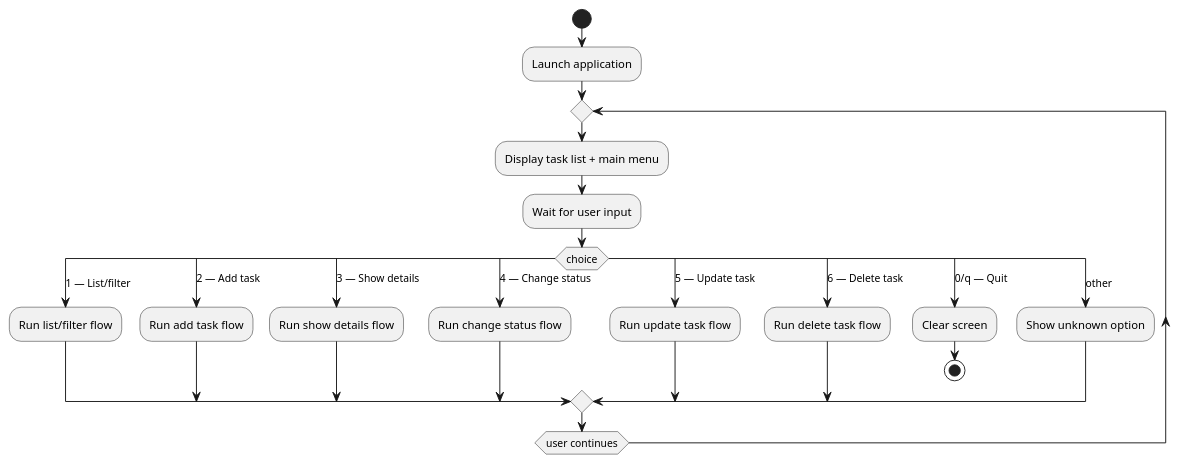
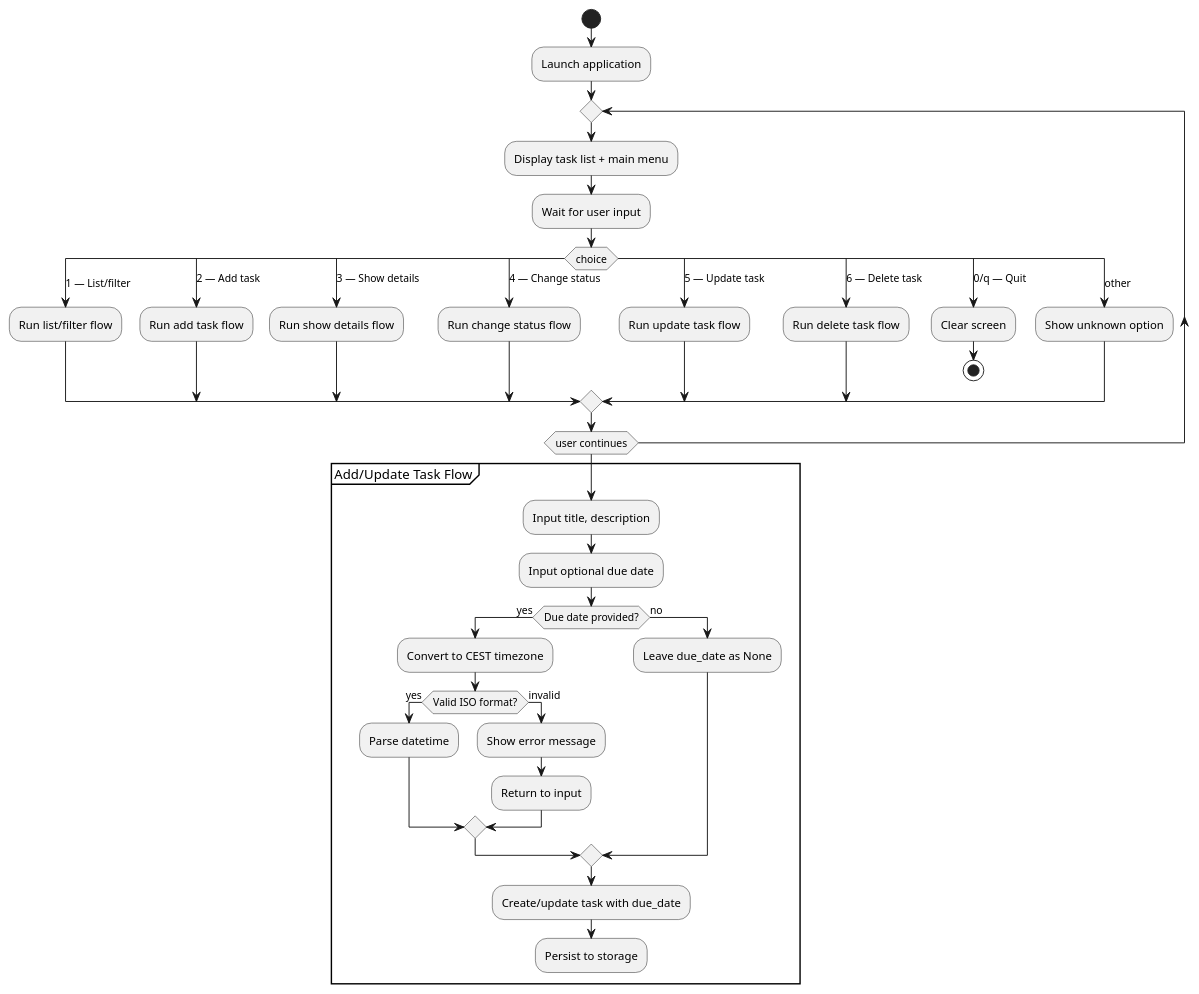
The diagram in experiments/supervisor_as_tools/user_stories/TODO/artifacts/activity_diagram.puml (DanielRiha8906/Software_autoevolution_using_agents), drawn with PlantUML before and after one commit. The commit also changed 15 other files, not shown here.

First line of the commit message:
task 01 | Add due date feature to TODO app

```diff
--- a/experiments/supervisor_as_tools/user_stories/TODO/artifacts/activity_diagram.puml
+++ b/experiments/supervisor_as_tools/user_stories/TODO/artifacts/activity_diagram.puml
@@ -1,32 +1,50 @@
 @startuml
 
 start
 :Launch application;
 
 repeat
   :Display task list + main menu;
   :Wait for user input;
 
   switch (choice)
     case (1 — List/filter)
       :Run list/filter flow;
     case (2 — Add task)
       :Run add task flow;
     case (3 — Show details)
       :Run show details flow;
     case (4 — Change status)
       :Run change status flow;
     case (5 — Update task)
       :Run update task flow;
     case (6 — Delete task)
       :Run delete task flow;
     case (0/q — Quit)
       :Clear screen;
       stop
     case (other)
       :Show unknown option;
   endswitch
 
 repeat while (user continues)
 
+partition "Add/Update Task Flow" {
+  :Input title, description;
+  :Input optional due date;
+  if (Due date provided?) then (yes)
+    :Convert to CEST timezone;
+    if (Valid ISO format?) then (yes)
+      :Parse datetime;
+    else (invalid)
+      :Show error message;
+      :Return to input;
+    endif
+  else (no)
+    :Leave due_date as None;
+  endif
+  :Create/update task with due_date;
+  :Persist to storage;
+}
+
 @enduml
```
